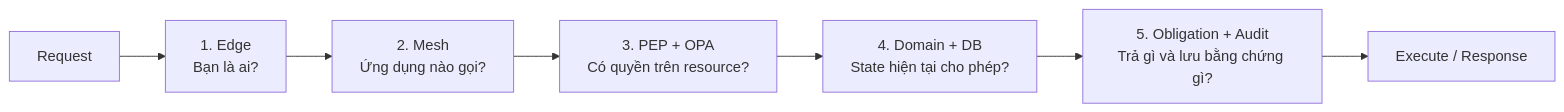
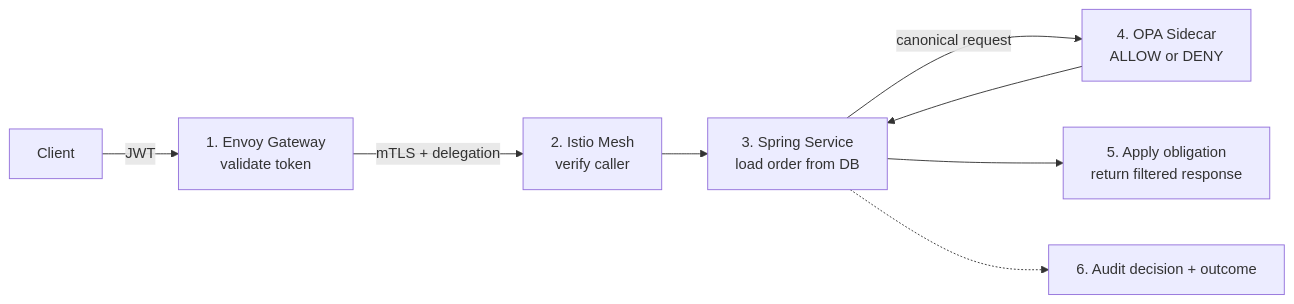
The first of 9 diagrams in zero-trust.md (huynv-xyz/vhm), drawn with Mermaid before and after one commit. The commit also changed other lines of this file, not shown here.

````diff
--- a/zero-trust.md
+++ b/zero-trust.md
@@ -70,9 +75,10 @@
 ```mermaid
 flowchart LR
-    R[Request] --> C1[1. Edge<br/>Bạn là ai?]
-    C1 --> C2[2. Mesh<br/>Ứng dụng nào gọi?]
-    C2 --> C3[3. PEP + OPA<br/>Có quyền trên resource?]
-    C3 --> C4[4. Domain + DB<br/>State hiện tại cho phép?]
-    C4 --> C5[5. Obligation + Audit<br/>Trả gì và lưu bằng chứng gì?]
-    C5 --> OK[Execute / Response]
+    C[Client] -->|JWT| G[1. Envoy Gateway<br/>validate token]
+    G -->|mTLS + delegation| M[2. Istio Mesh<br/>verify caller]
+    M --> S[3. Spring Service<br/>load order from DB]
+    S -->|canonical request| O[4. OPA Sidecar<br/>ALLOW or DENY]
+    O --> S
+    S --> R[5. Apply obligation<br/>return filtered response]
+    S -.-> A[6. Audit decision + outcome]
 ```
````
